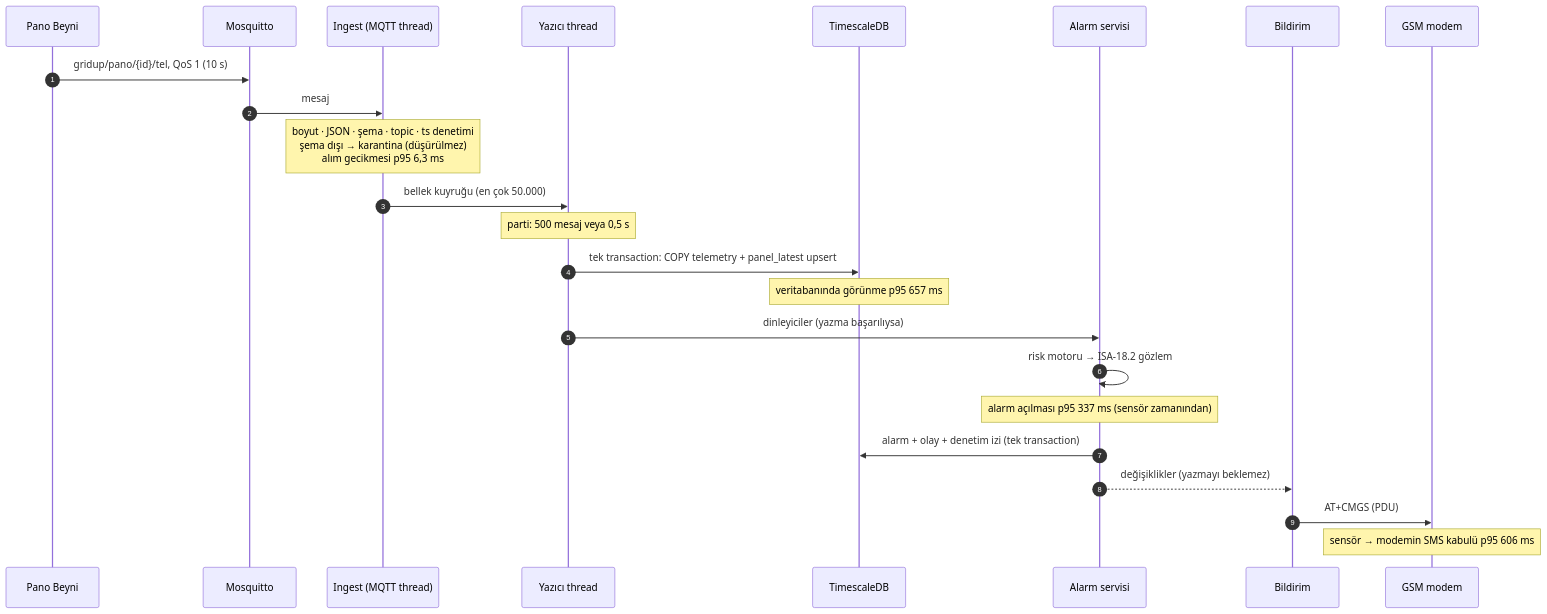
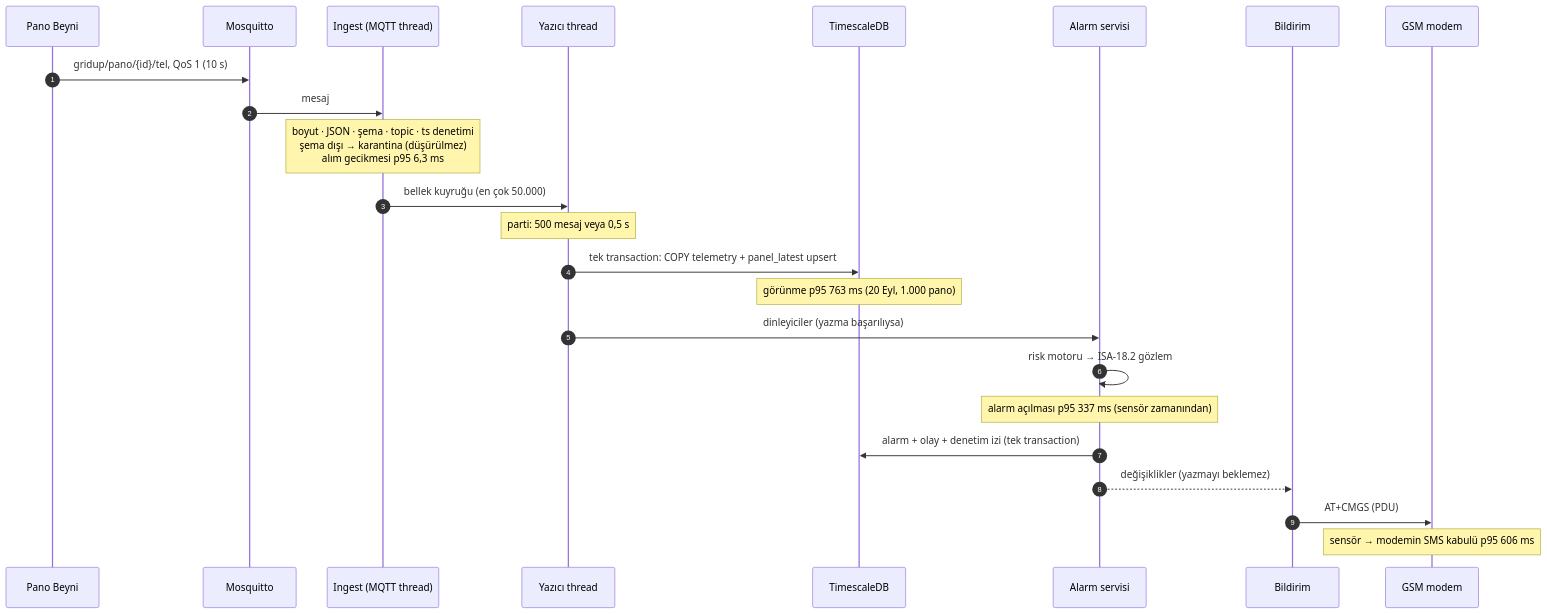
One commit to ahmetkrkyn0/griduphackathon changed the second of 4 diagrams in docs/02-mimari.md. Above: the diagram before and after it, drawn with Mermaid. The commit also changed 12 other files, not shown here.

````diff
--- a/docs/02-mimari.md
+++ b/docs/02-mimari.md
@@ -73,27 +73,27 @@
 ```mermaid
 sequenceDiagram
   autonumber
   participant PB as Pano Beyni
   participant MQ as Mosquitto
   participant IN as Ingest (MQTT thread)
   participant WR as Yazıcı thread
   participant DB as TimescaleDB
   participant AL as Alarm servisi
   participant NT as Bildirim
   participant MD as GSM modem
 
   PB->>MQ: gridup/pano/{id}/tel, QoS 1 (10 s)
   MQ->>IN: mesaj
   Note over IN: boyut · JSON · şema · topic · ts denetimi<br/>şema dışı → karantina (düşürülmez)<br/>alım gecikmesi p95 6,3 ms
   IN->>WR: bellek kuyruğu (en çok 50.000)
   Note over WR: parti: 500 mesaj veya 0,5 s
   WR->>DB: tek transaction: COPY telemetry + panel_latest upsert
-  Note over DB: veritabanında görünme p95 657 ms
+  Note over DB: görünme p95 763 ms (20 Eyl, 1.000 pano)
   WR->>AL: dinleyiciler (yazma başarılıysa)
   AL->>AL: risk motoru → ISA-18.2 gözlem
   Note over AL: alarm açılması p95 337 ms (sensör zamanından)
   AL->>DB: alarm + olay + denetim izi (tek transaction)
   AL-->>NT: değişiklikler (yazmayı beklemez)
   NT->>MD: AT+CMGS (PDU)
   Note over MD: sensör → modemin SMS kabulü p95 606 ms
 ```
````
